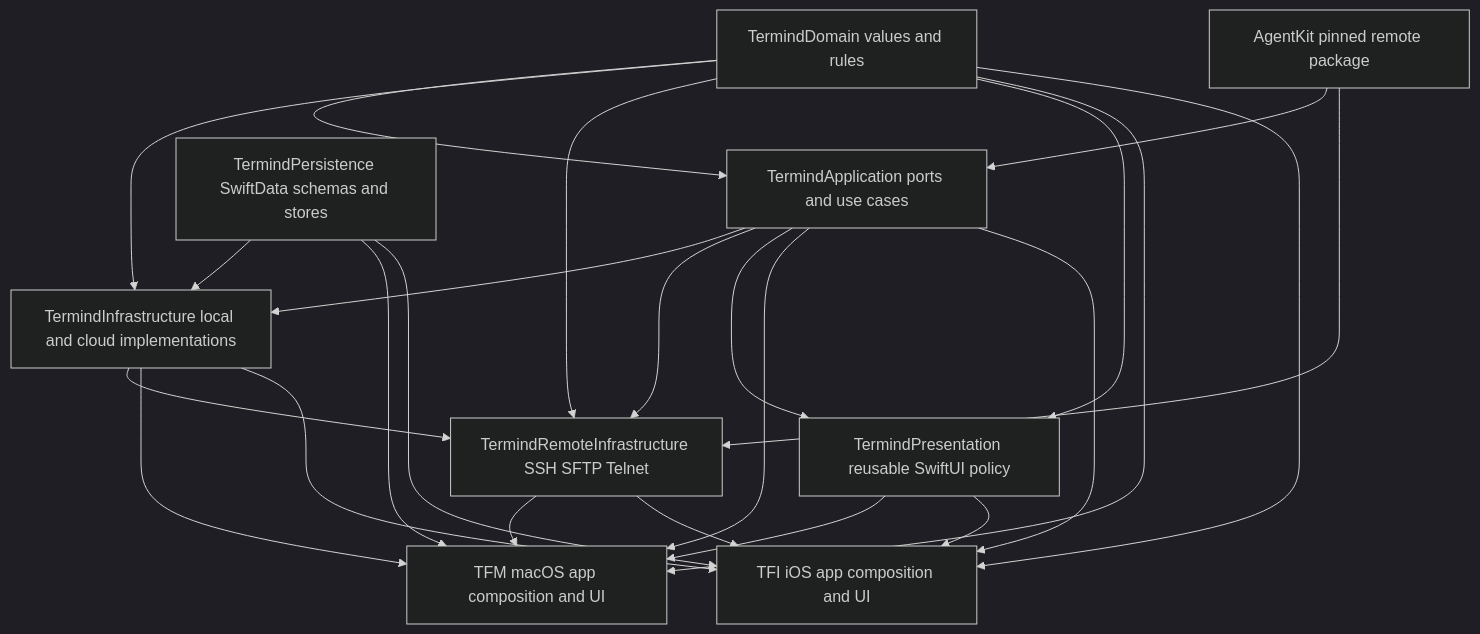
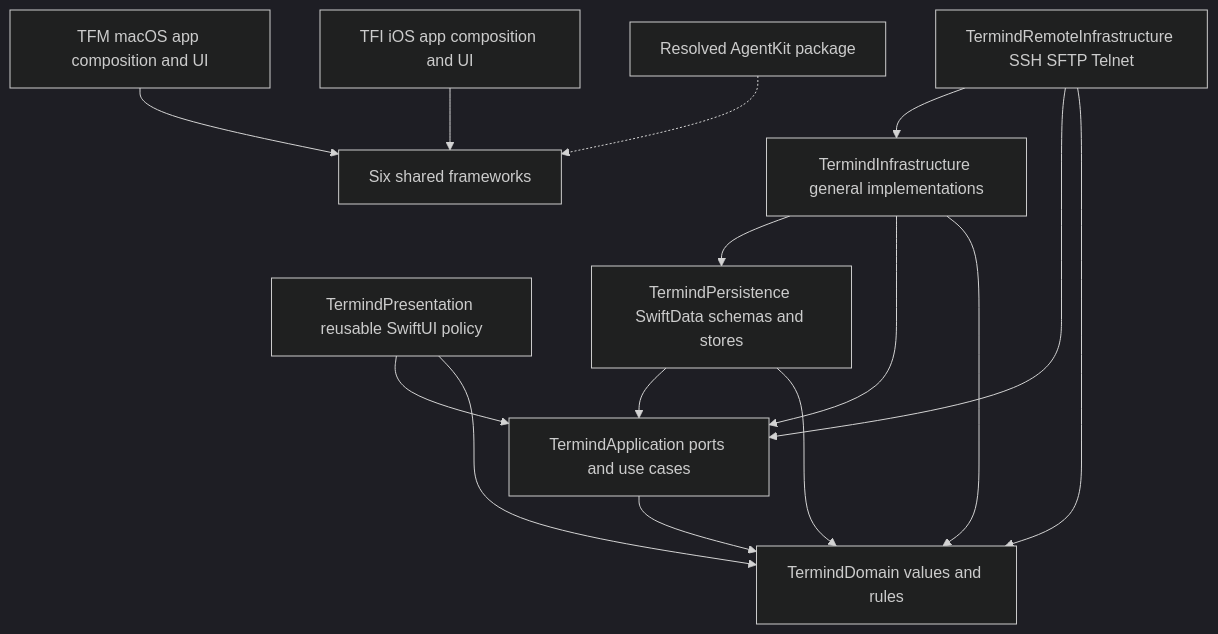
The diagram in openwiki/architecture/system-boundaries.md (AkinoKaede/Termind), drawn with Mermaid (dark theme) before and after one commit. The commit also changed other lines of this file and 49 other files, not shown here.

````diff
--- a/openwiki/architecture/system-boundaries.md
+++ b/openwiki/architecture/system-boundaries.md
@@ -53,26 +53,17 @@
 ```mermaid
 flowchart TD
-    Domain["TermindDomain values and rules"] --> Application["TermindApplication ports and use cases"]
-    Domain --> Infrastructure["TermindInfrastructure local and cloud implementations"]
-    Application --> Infrastructure
-    Domain --> Remote["TermindRemoteInfrastructure SSH SFTP Telnet"]
-    Application --> Remote
-    Infrastructure --> Remote
-    Persistence["TermindPersistence SwiftData schemas and stores"] --> Infrastructure
-    Domain --> Presentation["TermindPresentation reusable SwiftUI policy"]
-    Application --> Presentation
-    Domain --> TFM["TFM macOS app composition and UI"]
-    Application --> TFM
-    Infrastructure --> TFM
-    Remote --> TFM
-    Persistence --> TFM
-    Presentation --> TFM
-    Domain --> TFI["TFI iOS app composition and UI"]
-    Application --> TFI
-    Infrastructure --> TFI
-    Remote --> TFI
-    Persistence --> TFI
-    Presentation --> TFI
-    AgentKit["AgentKit pinned remote package"] --> Application
-    AgentKit --> Remote
+    TFM["TFM macOS app composition and UI"] --> Shared["Six shared frameworks"]
+    TFI["TFI iOS app composition and UI"] --> Shared
+    Presentation["TermindPresentation reusable SwiftUI policy"] --> Application["TermindApplication ports and use cases"]
+    Presentation --> Domain["TermindDomain values and rules"]
+    Remote["TermindRemoteInfrastructure SSH SFTP Telnet"] --> Infrastructure["TermindInfrastructure general implementations"]
+    Remote --> Application
+    Remote --> Domain
+    Infrastructure --> Persistence["TermindPersistence SwiftData schemas and stores"]
+    Infrastructure --> Application
+    Infrastructure --> Domain
+    Persistence --> Application
+    Persistence --> Domain
+    Application --> Domain
+    Package["Resolved AgentKit package"] -.-> Shared
 ```
````
